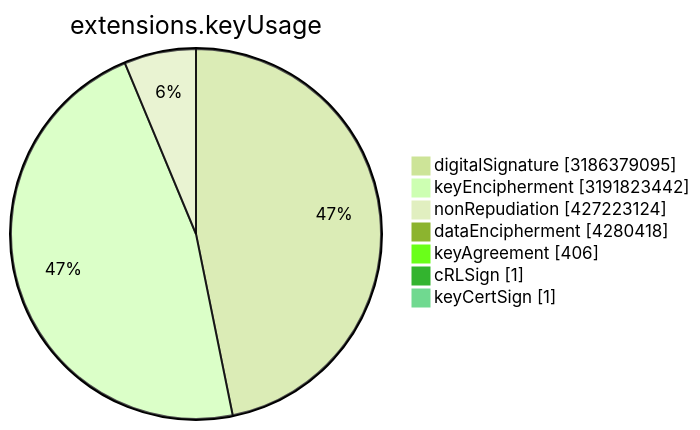
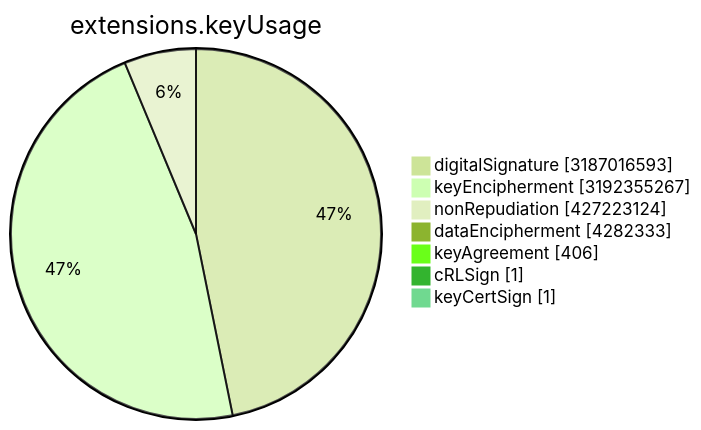
The sixth of 15 diagrams in TOTAL/README.md (christiankrug/ctmonitor_visualization), drawn with Mermaid (forest theme) before and after one commit. The commit also changed other lines of this file, not shown here.

````diff
--- a/TOTAL/README.md
+++ b/TOTAL/README.md
@@ -3077,11 +3077,11 @@
 ```mermaid
 pie showData
 title extensions.keyUsage
-"digitalSignature" :3186379095
-"keyEncipherment" :3191823442
+"digitalSignature" :3187016593
+"keyEncipherment" :3192355267
 "nonRepudiation" :427223124
-"dataEncipherment" :4280418
+"dataEncipherment" :4282333
 "keyAgreement" :406
 "cRLSign" :1
 "keyCertSign" :1
 ```
````
